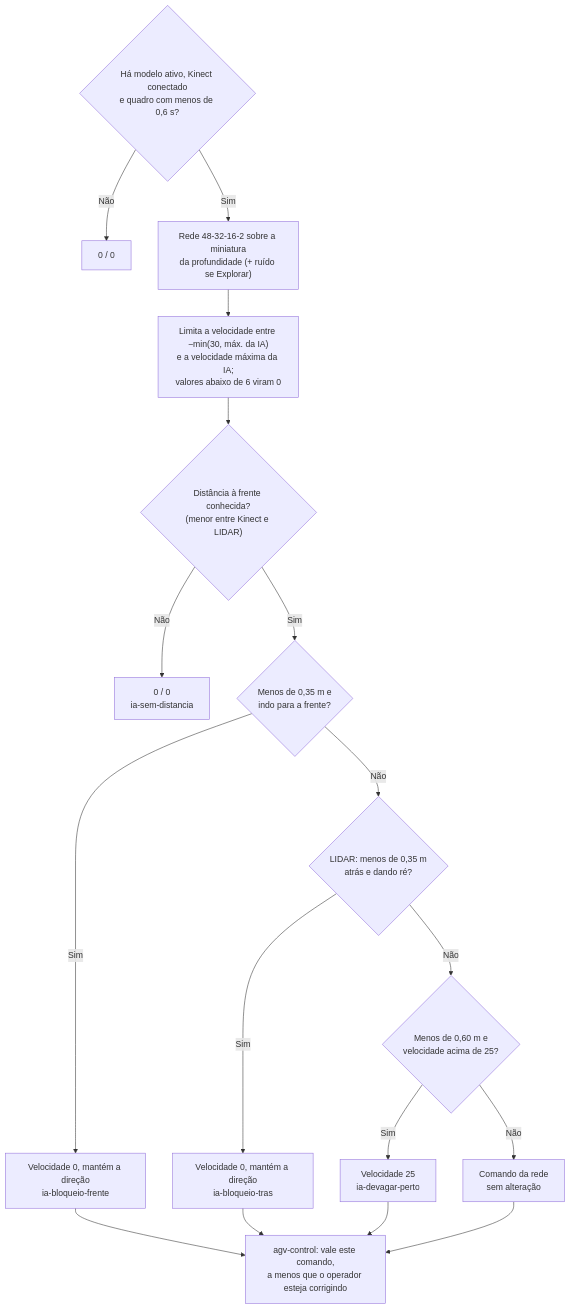
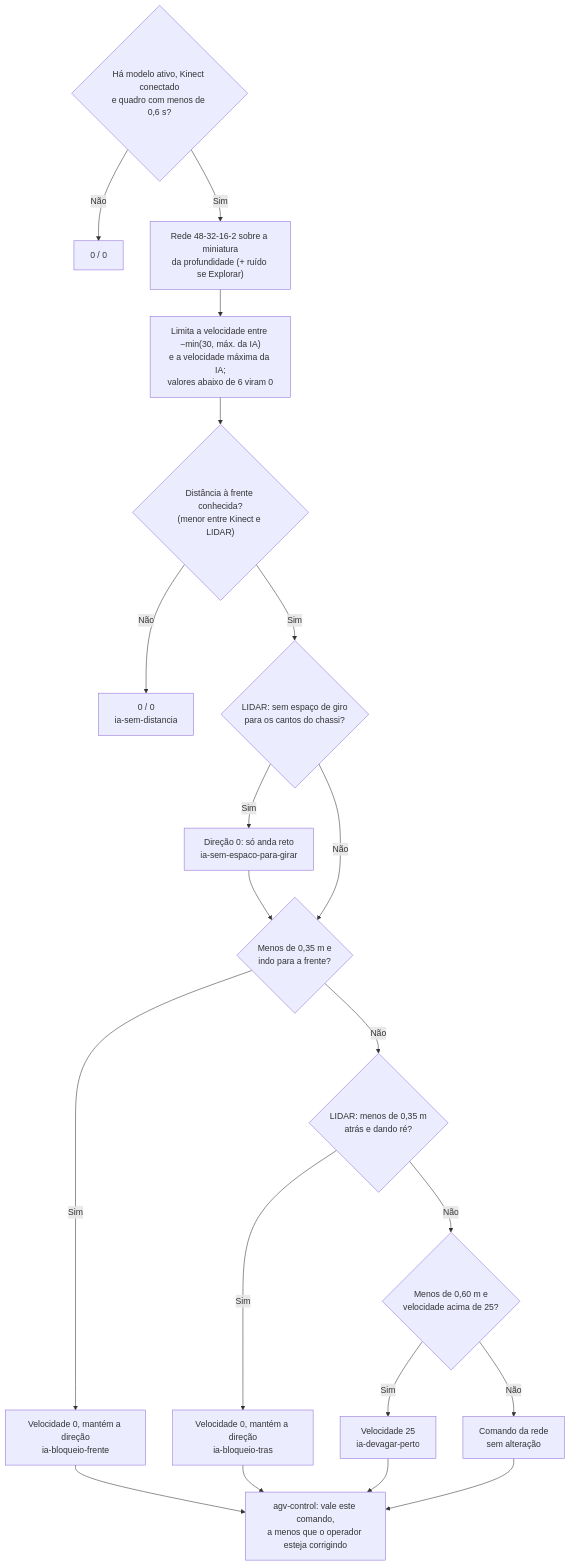
One commit to Kauan-V-Marques/AGV changed diagram 15 of 22 in README.md. Above: the diagram before and after it, drawn with Mermaid. The commit also changed other lines of this file and 2 other files, not shown here.

````diff
--- a/README.md
+++ b/README.md
@@ -1201,19 +1221,22 @@
 ```mermaid
 flowchart TD
     A{"Há modelo ativo, Kinect conectado<br/>e quadro com menos de 0,6 s?"} -- Não --> A1["0 / 0"]
     A -- Sim --> B["Rede 48-32-16-2 sobre a miniatura<br/>da profundidade (+ ruído se Explorar)"]
     B --> C["Limita a velocidade entre −min(30, máx. da IA)<br/>e a velocidade máxima da IA;<br/>valores abaixo de 6 viram 0"]
     C --> D{"Distância à frente conhecida?<br/>(menor entre Kinect e LIDAR)"}
     D -- Não --> D1["0 / 0<br/>ia-sem-distancia"]
-    D -- Sim --> E{"Menos de 0,35 m e<br/>indo para a frente?"}
+    D -- Sim --> S{"LIDAR: sem espaço de giro<br/>para os cantos do chassi?"}
+    S -- Sim --> S1["Direção 0: só anda reto<br/>ia-sem-espaco-para-girar"]
+    S1 --> E{"Menos de 0,35 m e<br/>indo para a frente?"}
+    S -- Não --> E
     E -- Sim --> E1["Velocidade 0, mantém a direção<br/>ia-bloqueio-frente"]
     E -- Não --> T{"LIDAR: menos de 0,35 m<br/>atrás e dando ré?"}
     T -- Sim --> T1["Velocidade 0, mantém a direção<br/>ia-bloqueio-tras"]
     T1 --> H
     T -- Não --> F{"Menos de 0,60 m e<br/>velocidade acima de 25?"}
     F -- Sim --> F1["Velocidade 25<br/>ia-devagar-perto"]
     F -- Não --> G["Comando da rede<br/>sem alteração"]
     E1 --> H["agv-control: vale este comando,<br/>a menos que o operador esteja corrigindo"]
     F1 --> H
     G --> H
 ```
````
